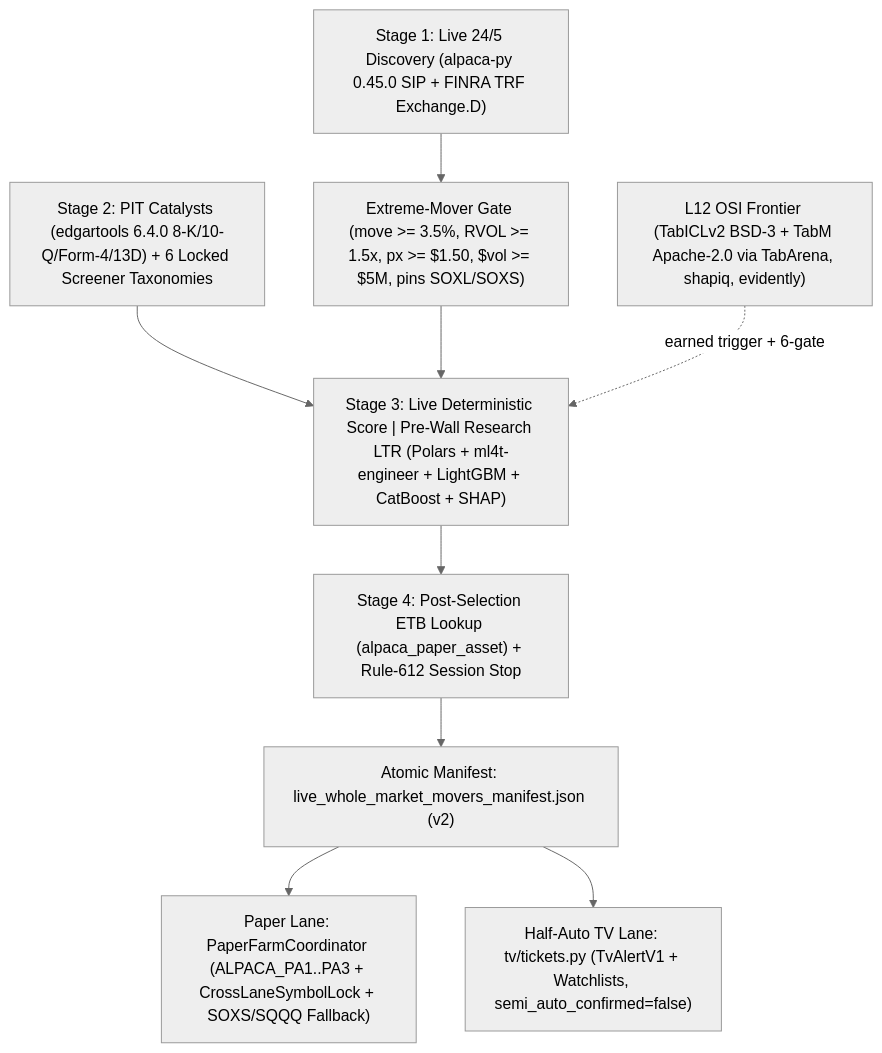
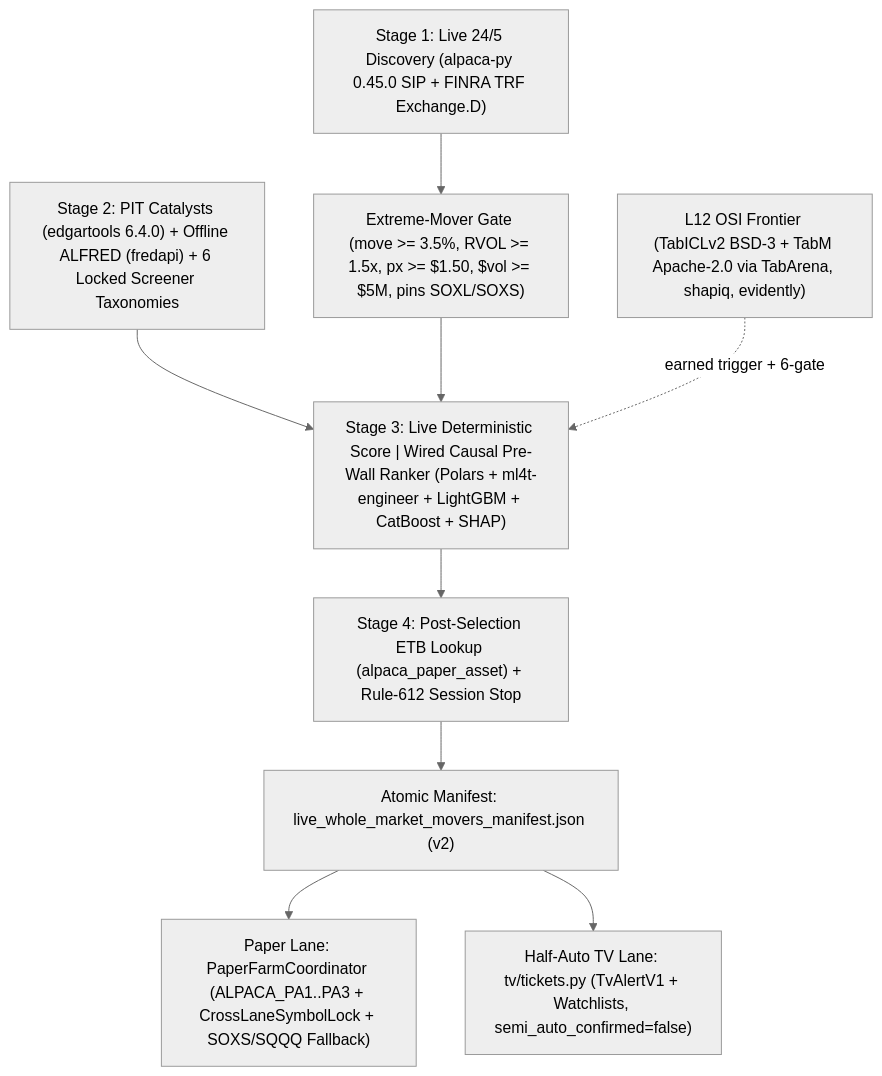
Before and after one commit to seathatflowsinourveins/noesis: the diagram in docs/adr/ADR-0014.md, drawn with Mermaid (neutral theme). The commit also changed other lines of this file and 38 other files, not shown here.

Commit message:
feat(sota): land ADR-0025 research convergence frameworks, zero-paper-winners audit, causal ML/skfolio/ALFRED wiring & 25-ADR sync

````diff
--- a/docs/adr/ADR-0014.md
+++ b/docs/adr/ADR-0014.md
@@ -78,11 +79,11 @@
 ```mermaid
 flowchart TD
     S1["Stage 1: Live 24/5 Discovery (alpaca-py 0.45.0 SIP + FINRA TRF Exchange.D)"] --> G1["Extreme-Mover Gate (move >= 3.5%, RVOL >= 1.5x, px >= $1.50, $vol >= $5M, pins SOXL/SOXS)"]
-    C1["Stage 2: PIT Catalysts (edgartools 6.4.0 8-K/10-Q/Form-4/13D) + 6 Locked Screener Taxonomies"] --> R1
-    G1 --> R1["Stage 3: Live Deterministic Score | Pre-Wall Research LTR (Polars + ml4t-engineer + LightGBM + CatBoost + SHAP)"]
+    C1["Stage 2: PIT Catalysts (edgartools 6.4.0) + Offline ALFRED (fredapi) + 6 Locked Screener Taxonomies"] --> R1
+    G1 --> R1["Stage 3: Live Deterministic Score | Wired Causal Pre-Wall Ranker (Polars + ml4t-engineer + LightGBM + CatBoost + SHAP)"]
     L12["L12 OSI Frontier (TabICLv2 BSD-3 + TabM Apache-2.0 via TabArena, shapiq, evidently)"] -. earned trigger + 6-gate .-> R1
     R1 --> B1["Stage 4: Post-Selection ETB Lookup (alpaca_paper_asset) + Rule-612 Session Stop"]
     B1 --> M1["Atomic Manifest: live_whole_market_movers_manifest.json (v2)"]
     M1 --> P1["Paper Lane: PaperFarmCoordinator (ALPACA_PA1..PA3 + CrossLaneSymbolLock + SOXS/SQQQ Fallback)"]
     M1 --> T1["Half-Auto TV Lane: tv/tickets.py (TvAlertV1 + Watchlists, semi_auto_confirmed=false)"]
 ```
````
